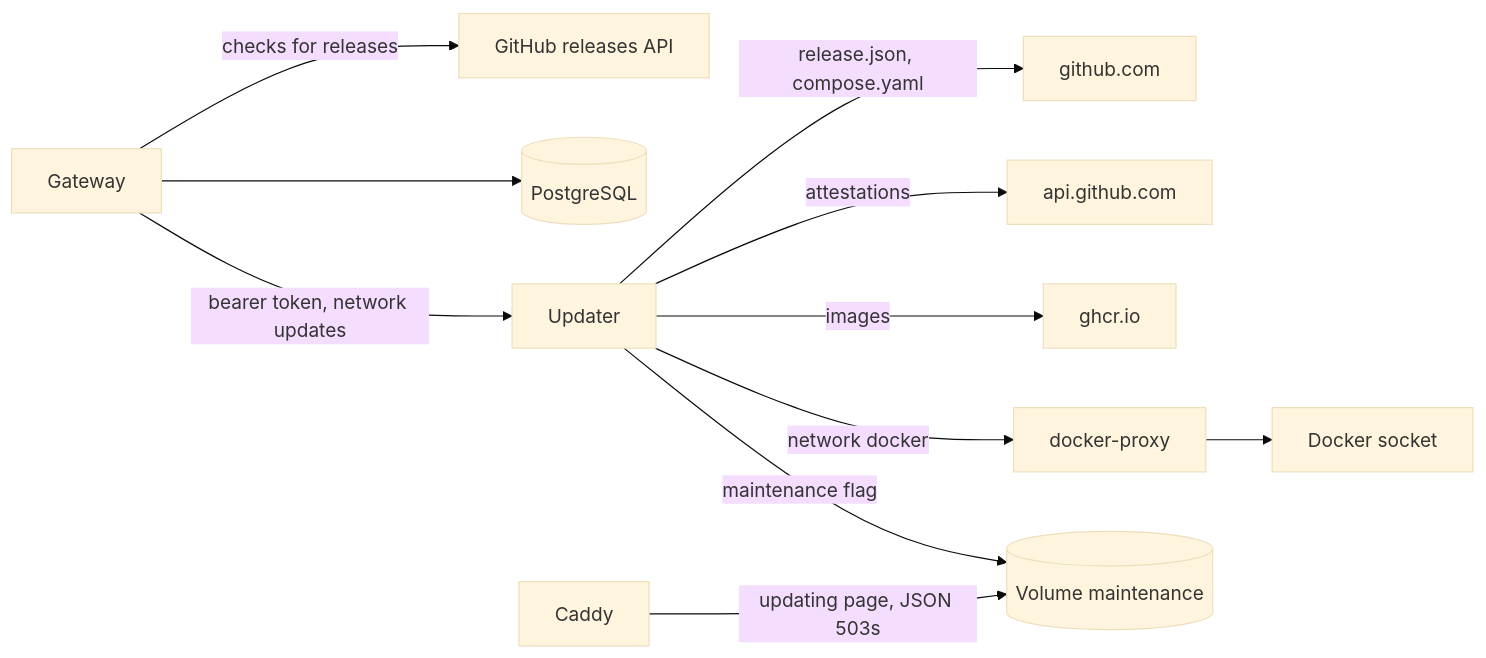
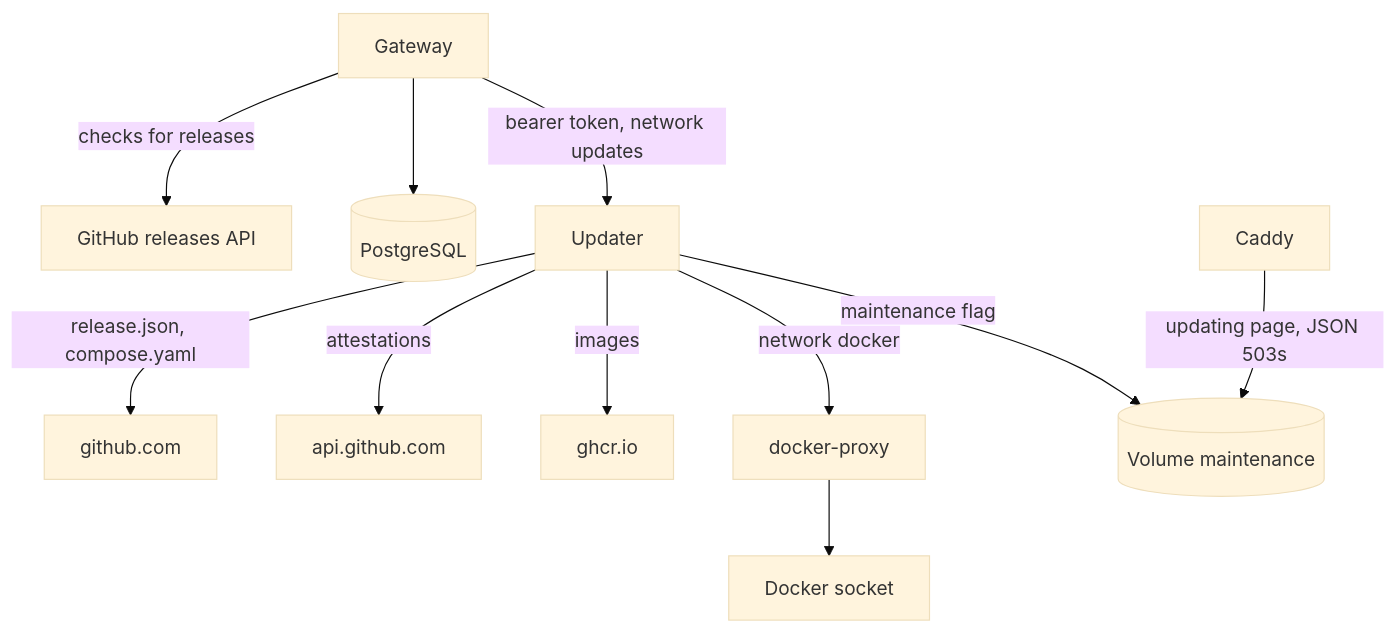
Before and after one commit to logicplanes/kaeso: the diagram in apps/docs/content/en/development/architecture/updates.md, drawn with Mermaid (base theme). The commit also changed 14 other files, not shown here.

Commit message:
Draw the updates diagram top to bottom so it fits a phone

````diff
--- a/apps/docs/content/en/development/architecture/updates.md
+++ b/apps/docs/content/en/development/architecture/updates.md
@@ -9,15 +9,15 @@
 ```mermaid
-flowchart LR
+flowchart TD
   accTitle: How an install learns about releases and updates
   accDescr: The gateway checks GitHub's releases API, keeps its state in PostgreSQL and asks the updater over the internal network updates with a bearer token. The updater fetches release.json and compose.yaml from github.com, attestations from api.github.com and images from ghcr.io, reaches Docker only through docker-proxy on the internal network docker, and writes the maintenance flag that Caddy reads to serve the updating page and the JSON 503s.
   gateway[Gateway] -- checks for releases --> releases[GitHub releases API]
   gateway --> postgres[(PostgreSQL)]
   gateway -- bearer token, network updates --> updater[Updater]
   updater -- release.json, compose.yaml --> github[github.com]
   updater -- attestations --> api[api.github.com]
   updater -- images --> ghcr[ghcr.io]
   updater -- network docker --> proxy[docker-proxy]
   proxy --> socket[Docker socket]
   updater -- maintenance flag --> maintenance[(Volume maintenance)]
   caddy[Caddy] -- updating page, JSON 503s --> maintenance
 ```
````
